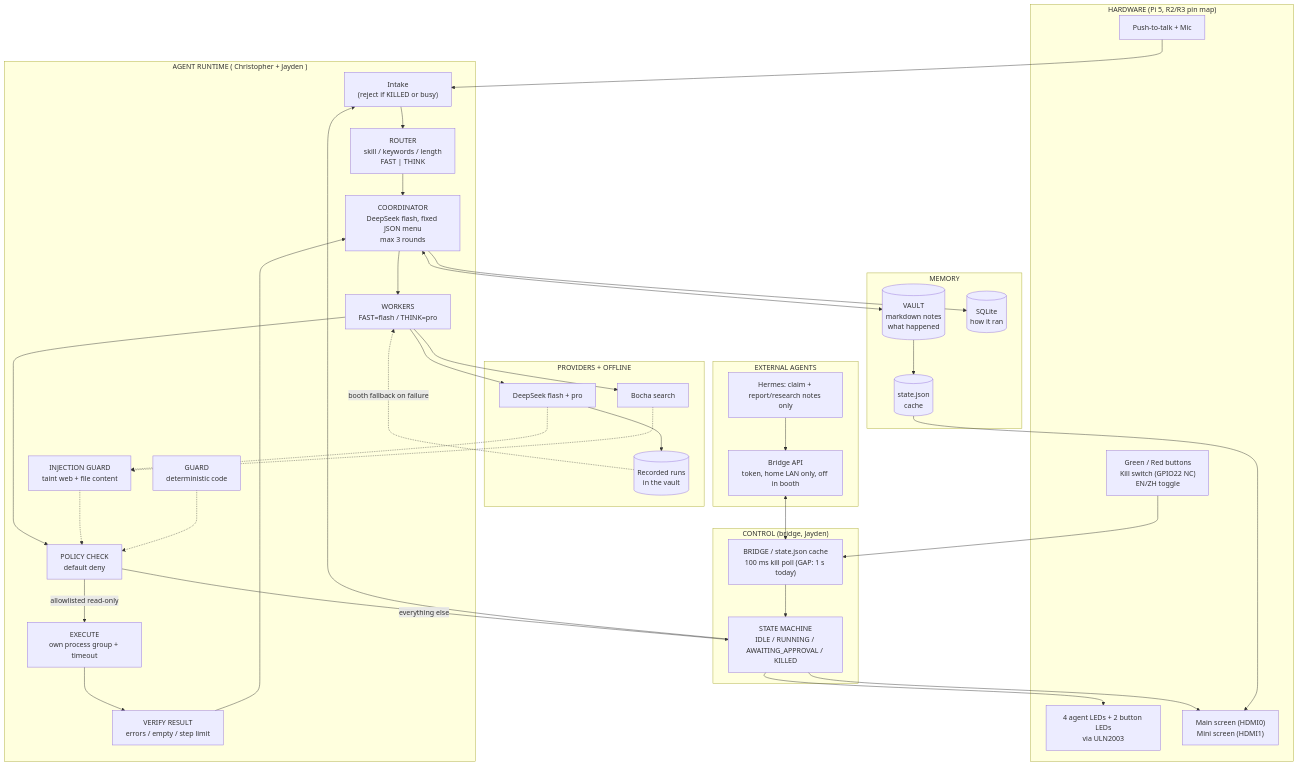
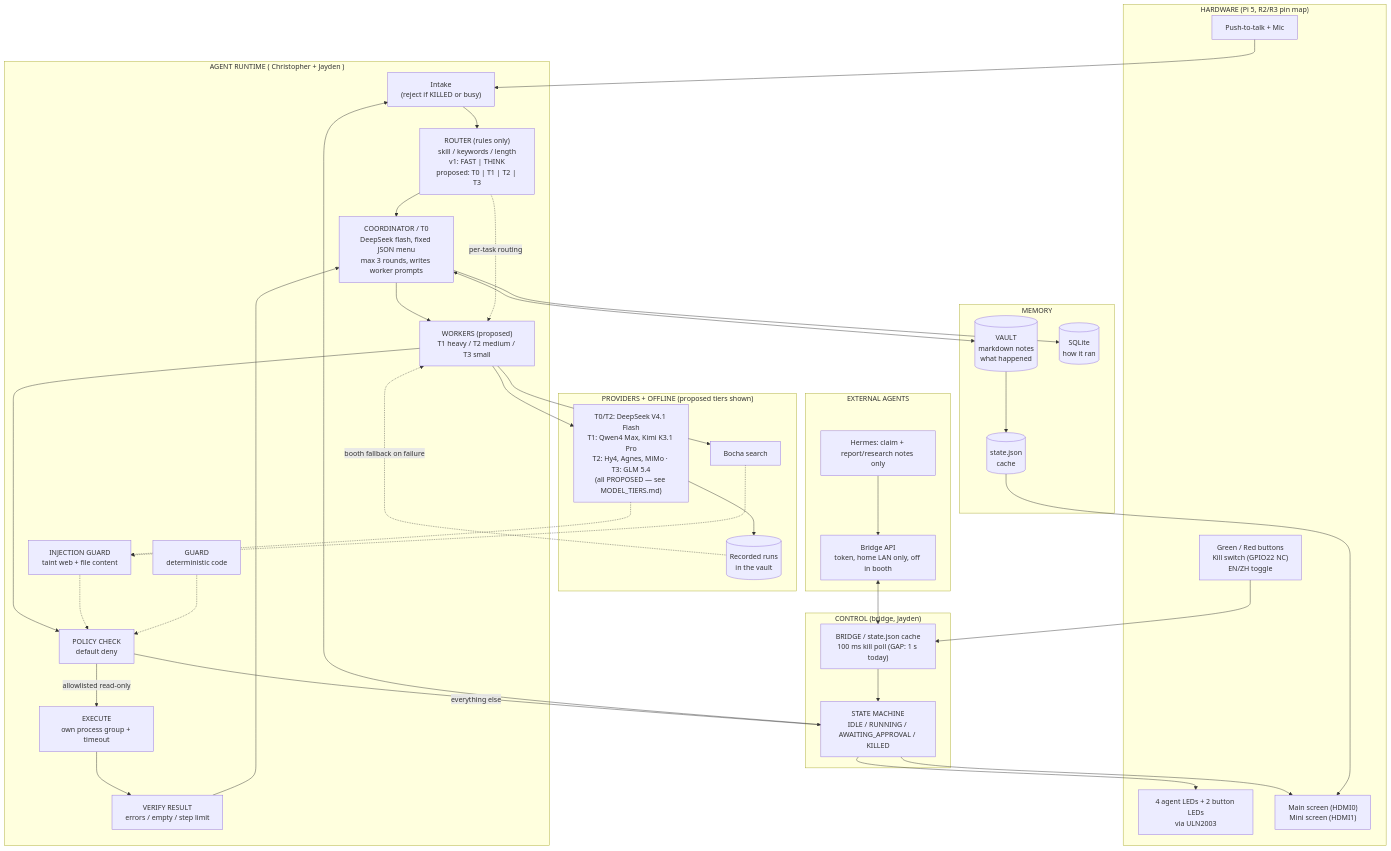
One commit to Daijay/si-console changed the first of 9 diagrams in docs/ARCHITECTURE_DIAGRAMS.md. Above: the diagram before and after it, drawn with Mermaid. The commit also changed other lines of this file and 1 other file, not shown here.

Commit message:
docs: align architecture docs with four-tier model roster

````diff
--- a/docs/ARCHITECTURE_DIAGRAMS.md
+++ b/docs/ARCHITECTURE_DIAGRAMS.md
@@ -16,66 +18,67 @@
 ```mermaid
 flowchart TB
     subgraph H["HARDWARE (Pi 5, R2/R3 pin map)"]
         PTT["Push-to-talk + Mic"]
         BTN["Green / Red buttons<br/>Kill switch (GPIO22 NC)<br/>EN/ZH toggle"]
         LED["4 agent LEDs + 2 button LEDs<br/>via ULN2003"]
         SCREEN["Main screen (HDMI0)<br/>Mini screen (HDMI1)"]
     end
 
     subgraph C["CONTROL (bridge, Jayden)"]
         BR["BRIDGE / state.json cache<br/>100 ms kill poll (GAP: 1 s today)"]
         FSM["STATE MACHINE<br/>IDLE / RUNNING / AWAITING_APPROVAL / KILLED"]
     end
 
     subgraph A["AGENT RUNTIME ( Christopher + Jayden )"]
         IN["Intake<br/>(reject if KILLED or busy)"]
-        ROUTER["ROUTER<br/>skill / keywords / length<br/>FAST | THINK"]
-        COORD["COORDINATOR<br/>DeepSeek flash, fixed JSON menu<br/>max 3 rounds"]
-        WORK["WORKERS<br/>FAST=flash / THINK=pro"]
+        ROUTER["ROUTER (rules only)<br/>skill / keywords / length<br/>v1: FAST | THINK<br/>proposed: T0 | T1 | T2 | T3"]
+        COORD["COORDINATOR / T0<br/>DeepSeek flash, fixed JSON menu<br/>max 3 rounds, writes worker prompts"]
+        WORK["WORKERS (proposed)<br/>T1 heavy / T2 medium / T3 small"]
         POLICY["POLICY CHECK<br/>default deny"]
         GUARD["GUARD<br/>deterministic code"]
         EXEC["EXECUTE<br/>own process group + timeout"]
         VERIFY["VERIFY RESULT<br/>errors / empty / step limit"]
         IG["INJECTION GUARD<br/>taint web + file content"]
     end
 
     subgraph M["MEMORY"]
         VAULT[("VAULT<br/>markdown notes<br/>what happened")]
         JSON[("state.json<br/>cache")]
         SQLITE[("SQLite<br/>how it ran")]
     end
 
-    subgraph P["PROVIDERS + OFFLINE"]
-        DS["DeepSeek flash + pro"]
+    subgraph P["PROVIDERS + OFFLINE (proposed tiers shown)"]
+        DS["T0/T2: DeepSeek V4.1 Flash<br/>T1: Qwen4 Max, Kimi K3.1 Pro<br/>T2: Hy4, Agnes, MiMo · T3: GLM 5.4<br/>(all PROPOSED — see MODEL_TIERS.md)"]
         BOCHA["Bocha search"]
         REC[("Recorded runs<br/>in the vault")]
     end
 
     subgraph E["EXTERNAL AGENTS"]
         API["Bridge API<br/>token, home LAN only, off in booth"]
         HERMES["Hermes: claim + report/research notes only"]
     end
 
     PTT --> IN
     BTN --> BR
     BR --> FSM
     FSM --> LED
     FSM --> SCREEN
     FSM --> IN
     IN --> ROUTER --> COORD --> WORK --> POLICY
     POLICY -- "allowlisted read-only" --> EXEC
     POLICY -- "everything else" --> FSM
     IG -.-> POLICY
     GUARD -.-> POLICY
     EXEC --> VERIFY --> COORD
     COORD <--> VAULT
     VAULT --> JSON --> SCREEN
     COORD --> SQLITE
     WORK --> DS
     WORK --> BOCHA
+    ROUTER -.->|"per-task routing"| WORK
     DS & BOCHA -.-> IG
     DS --> REC
     REC -. "booth fallback on failure" .-> WORK
     API <--> BR
     HERMES --> API
 ```
````
